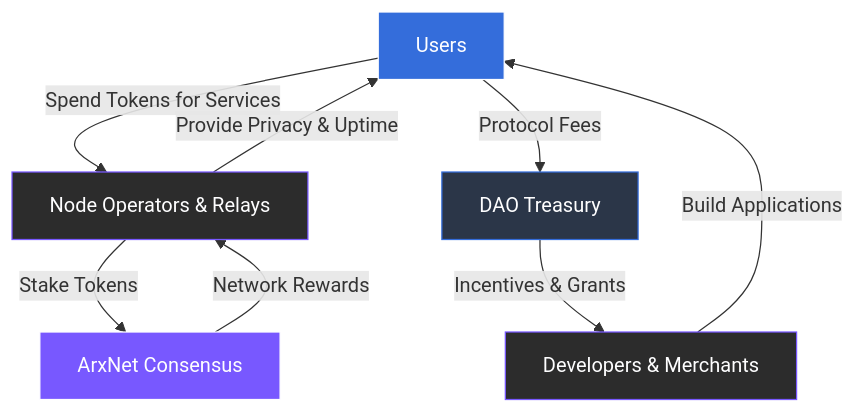
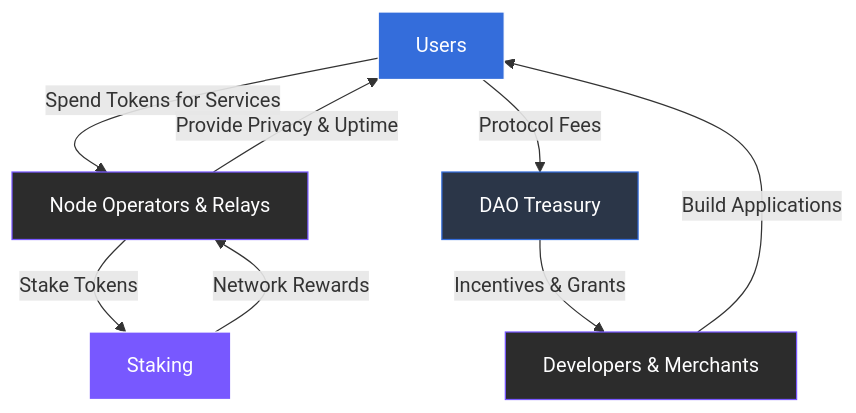
One commit to unusnullus/docs-xmtp-org changed the diagram in gitbook/home/3-the-arx-solution/3.3-self-sustaining-token-economy.md. Above: the diagram before and after it, drawn with Mermaid. The commit also changed other lines of this file and 32 other files, not shown here.

````diff
--- a/gitbook/home/3-the-arx-solution/3.3-self-sustaining-token-economy.md
+++ b/gitbook/home/3-the-arx-solution/3.3-self-sustaining-token-economy.md
@@ -19,23 +23,23 @@
 ```mermaid
 graph TD
 %% Global Styling
 accTitle: ARX Economic Loop
 accDescr: Visualizing the flow of value between users, operators, and the DAO.
 
     U[Users] -->|Spend Tokens for Services| N[Node Operators & Relays]
     N -->|Provide Privacy & Uptime| U
     
-    N -->|Stake Tokens| G[ArxNet Consensus]
+    N -->|Stake Tokens| G[Staking]
     G -->|Network Rewards| N
     
     U -->|Protocol Fees| T[DAO Treasury]
     T -->|Incentives & Grants| D[Developers & Merchants]
     D -->|Build Applications| U
 
     %% Apply Brand Palette
     style U fill:#346ddb,stroke:#fefeff,color:#fefeff
     style N fill:#2c2c2c,stroke:#7858ff,color:#fefeff
     style G fill:#7858ff,stroke:#fefeff,color:#fefeff
     style T fill:#2B3648,stroke:#346ddb,color:#fefeff
     style D fill:#2c2c2c,stroke:#7858ff,color:#fefeff
 ```
````
